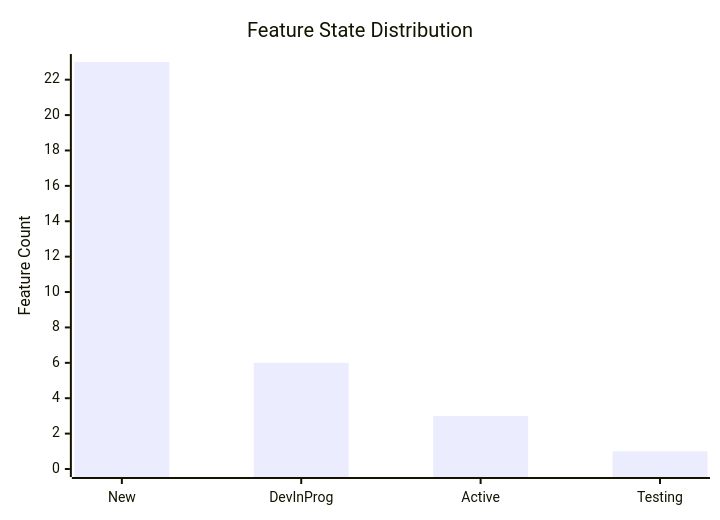
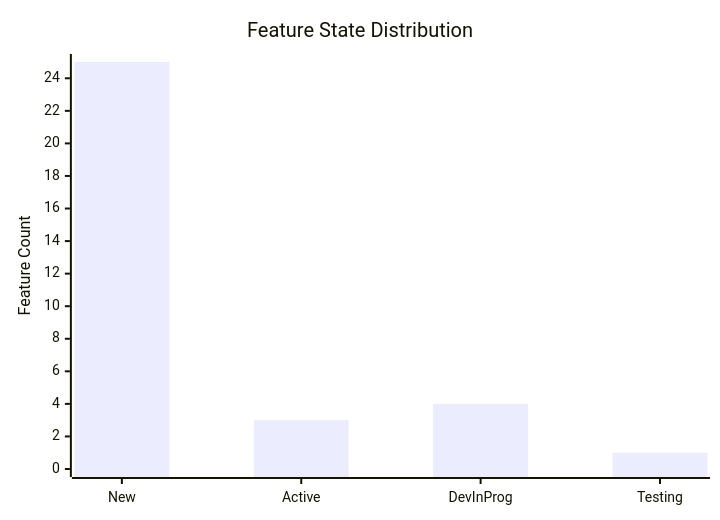
The second of 10 diagrams in test 8 ADO report.md (Apoorvsharmaa/new-test-repo), drawn with Mermaid before and after one commit. The commit also changed other lines of this file, not shown here.

````diff
--- a/test 8 ADO report.md
+++ b/test 8 ADO report.md
@@ -270,7 +267,7 @@
 ```mermaid
 xychart-beta
     title "Feature State Distribution"
-    x-axis ["New","DevInProg","Active","Testing"]
-    y-axis "Feature Count" 0 --> 23
-    bar [23,6,3,1]
+    x-axis ["New","Active","DevInProg","Testing"]
+    y-axis "Feature Count" 0 --> 25
+    bar [25,3,4,1]
 ```
````
